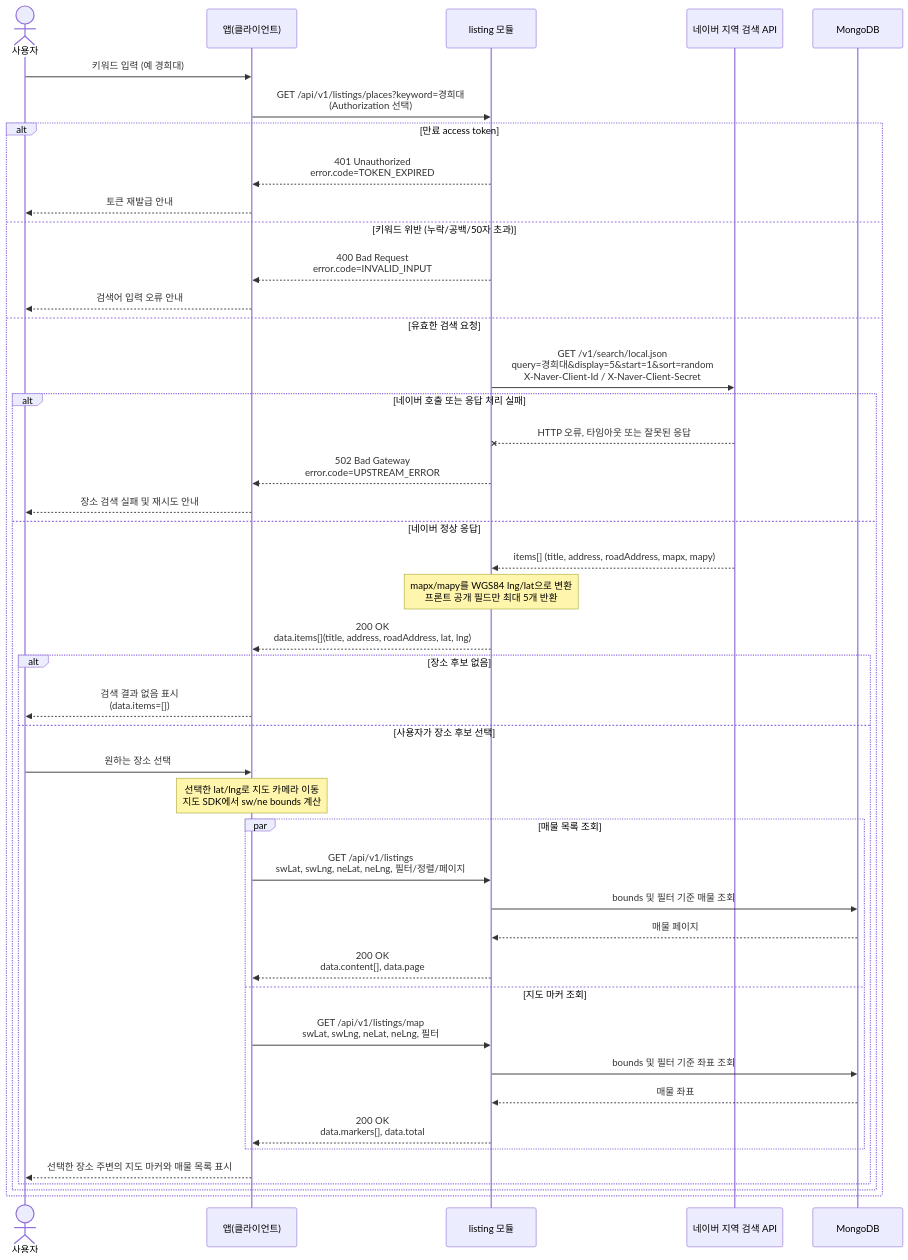
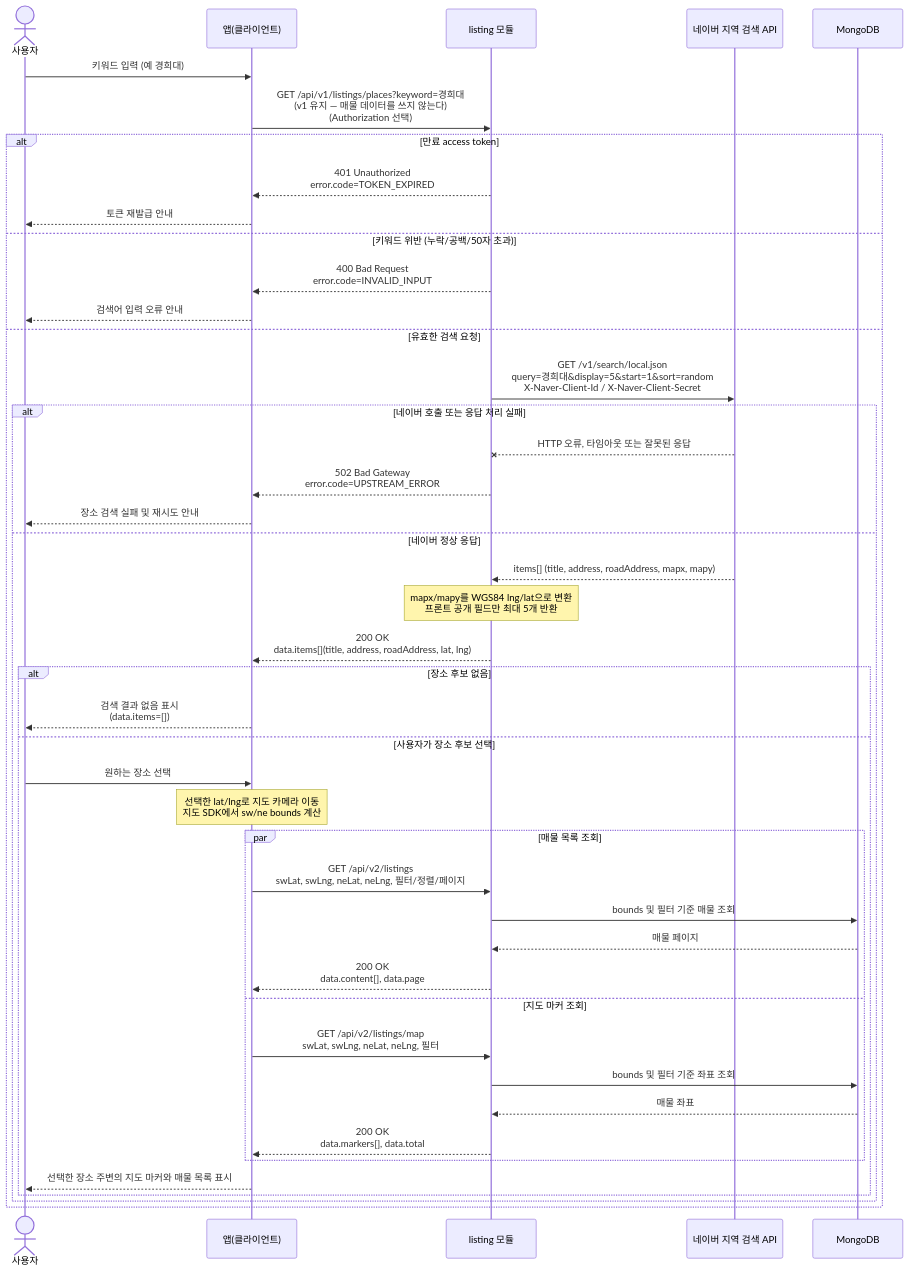
One commit to jameskim9509/Kohere-backend changed the diagram in docs/architecture/sequence-diagrams/03-listings-favorites/us-3-3-keyword-search.md. Above: the diagram before and after it, drawn with Mermaid. The commit also changed other lines of this file and 210 other files, not shown here.

````diff
--- a/docs/architecture/sequence-diagrams/03-listings-favorites/us-3-3-keyword-search.md
+++ b/docs/architecture/sequence-diagrams/03-listings-favorites/us-3-3-keyword-search.md
@@ -5,47 +7,47 @@
 ```mermaid
 sequenceDiagram
     actor U as 사용자
     participant C as 앱(클라이언트)
     participant LIST as listing 모듈
     participant NAVER as 네이버 지역 검색 API
     participant DB as MongoDB
 
     U->>C: 키워드 입력 (예 경희대)
-    C->>LIST: GET /api/v1/listings/places?keyword=경희대<br/>(Authorization 선택)
+    C->>LIST: GET /api/v1/listings/places?keyword=경희대<br/>(v1 유지 — 매물 데이터를 쓰지 않는다)<br/>(Authorization 선택)
     alt 만료 access token
         LIST-->>C: 401 Unauthorized<br/>error.code=TOKEN_EXPIRED
         C-->>U: 토큰 재발급 안내
     else 키워드 위반 (누락/공백/50자 초과)
         LIST-->>C: 400 Bad Request<br/>error.code=INVALID_INPUT
         C-->>U: 검색어 입력 오류 안내
     else 유효한 검색 요청
         LIST->>NAVER: GET /v1/search/local.json<br/>query=경희대&display=5&start=1&sort=random<br/>X-Naver-Client-Id / X-Naver-Client-Secret
         alt 네이버 호출 또는 응답 처리 실패
             NAVER--xLIST: HTTP 오류, 타임아웃 또는 잘못된 응답
             LIST-->>C: 502 Bad Gateway<br/>error.code=UPSTREAM_ERROR
             C-->>U: 장소 검색 실패 및 재시도 안내
         else 네이버 정상 응답
             NAVER-->>LIST: items[] (title, address, roadAddress, mapx, mapy)
             Note over LIST: mapx/mapy를 WGS84 lng/lat으로 변환<br/>프론트 공개 필드만 최대 5개 반환
             LIST-->>C: 200 OK<br/>data.items[](title, address, roadAddress, lat, lng)
             alt 장소 후보 없음
                 C-->>U: 검색 결과 없음 표시<br/>(data.items=[])
             else 사용자가 장소 후보 선택
                 U->>C: 원하는 장소 선택
                 Note over C: 선택한 lat/lng로 지도 카메라 이동<br/>지도 SDK에서 sw/ne bounds 계산
                 par 매물 목록 조회
-                    C->>LIST: GET /api/v1/listings<br/>swLat, swLng, neLat, neLng, 필터/정렬/페이지
+                    C->>LIST: GET /api/v2/listings<br/>swLat, swLng, neLat, neLng, 필터/정렬/페이지
                     LIST->>DB: bounds 및 필터 기준 매물 조회
                     DB-->>LIST: 매물 페이지
                     LIST-->>C: 200 OK<br/>data.content[], data.page
                 and 지도 마커 조회
-                    C->>LIST: GET /api/v1/listings/map<br/>swLat, swLng, neLat, neLng, 필터
+                    C->>LIST: GET /api/v2/listings/map<br/>swLat, swLng, neLat, neLng, 필터
                     LIST->>DB: bounds 및 필터 기준 좌표 조회
                     DB-->>LIST: 매물 좌표
                     LIST-->>C: 200 OK<br/>data.markers[], data.total
                 end
                 C-->>U: 선택한 장소 주변의 지도 마커와 매물 목록 표시
             end
         end
     end
 ```
````
